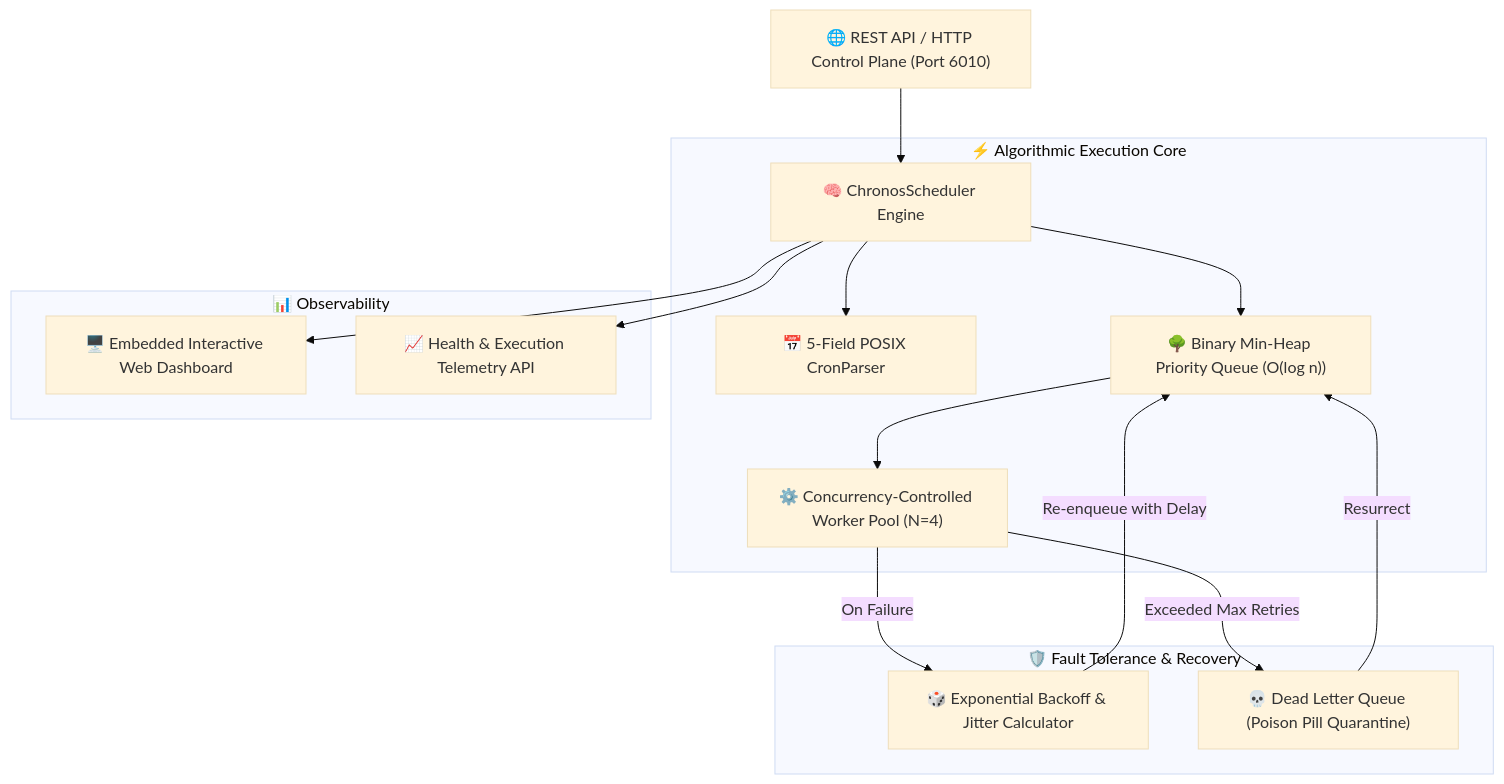
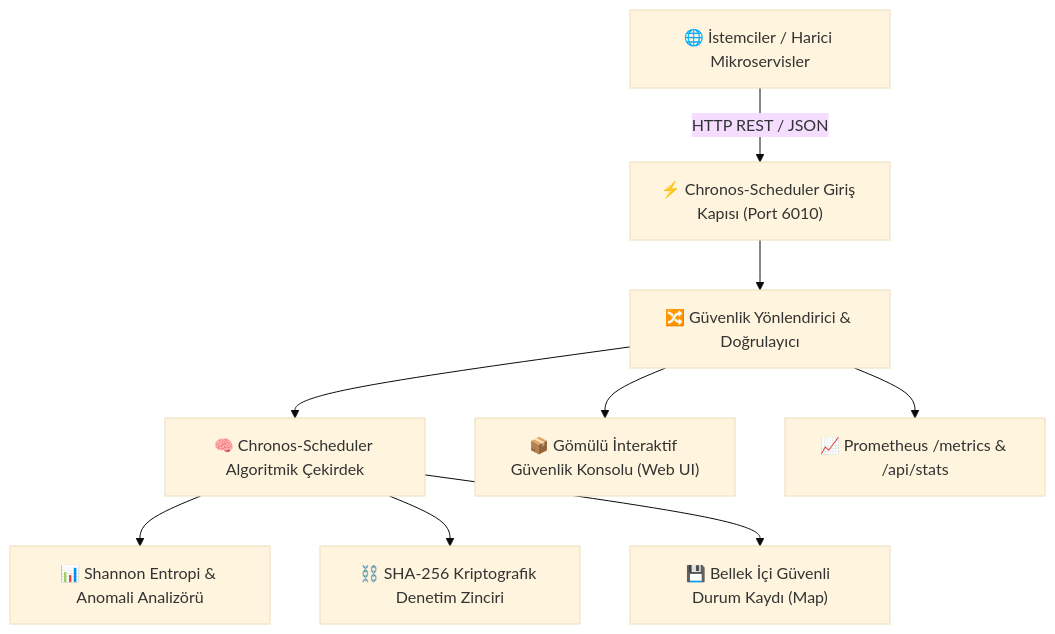
Before and after one commit to alinurettin/Chronos-Scheduler: the diagram in README.md, drawn with Mermaid (base theme). The commit also changed other lines of this file and 3 other files, not shown here.

````diff
--- a/README.md
+++ b/README.md
@@ -20,22 +53,11 @@
 ```mermaid
 flowchart TD
-    API["🌐 REST API / HTTP Control Plane (Port 6010)"] --> Scheduler["🧠 ChronosScheduler Engine"]
-    
-    subgraph Core["⚡ Algorithmic Execution Core"]
-        Scheduler --> Cron["📅 5-Field POSIX CronParser"]
-        Scheduler --> Heap["🌳 Binary Min-Heap Priority Queue (O(log n))"]
-        Heap --> WorkerPool["⚙️ Concurrency-Controlled Worker Pool (N=4)"]
-    end
-
-    subgraph Resiliency["🛡️ Fault Tolerance & Recovery"]
-        WorkerPool -->|On Failure| Backoff["🎲 Exponential Backoff & Jitter Calculator"]
-        Backoff -->|Re-enqueue with Delay| Heap
-        WorkerPool -->|Exceeded Max Retries| DLQ["💀 Dead Letter Queue (Poison Pill Quarantine)"]
-        DLQ -->|Resurrect| Heap
-    end
-
-    subgraph Monitoring["📊 Observability"]
-        Scheduler --> Dashboard["🖥️ Embedded Interactive Web Dashboard"]
-        Scheduler --> Telemetry["📈 Health & Execution Telemetry API"]
-    end
+    Client["🌐 İstemciler / Harici Mikroservisler"] -->|HTTP REST / JSON| Entrypoint["⚡ Chronos-Scheduler Giriş Kapısı (Port 6010)"]
+    Entrypoint --> Dispatcher["🔀 Güvenlik Yönlendirici & Doğrulayıcı"]
+    Dispatcher --> CoreEngine["🧠 Chronos-Scheduler Algoritmik Çekirdek"]
+    CoreEngine --> Entropy["📊 Shannon Entropi & Anomali Analizörü"]
+    CoreEngine --> HashChain["⛓️ SHA-256 Kriptografik Denetim Zinciri"]
+    CoreEngine --> Storage["💾 Bellek İçi Güvenli Durum Kaydı (Map)"]
+    Dispatcher --> WebUI["📦 Gömülü İnteraktif Güvenlik Konsolu (Web UI)"]
+    Dispatcher --> Telemetry["📈 Prometheus /metrics & /api/stats"]
 ```
````
